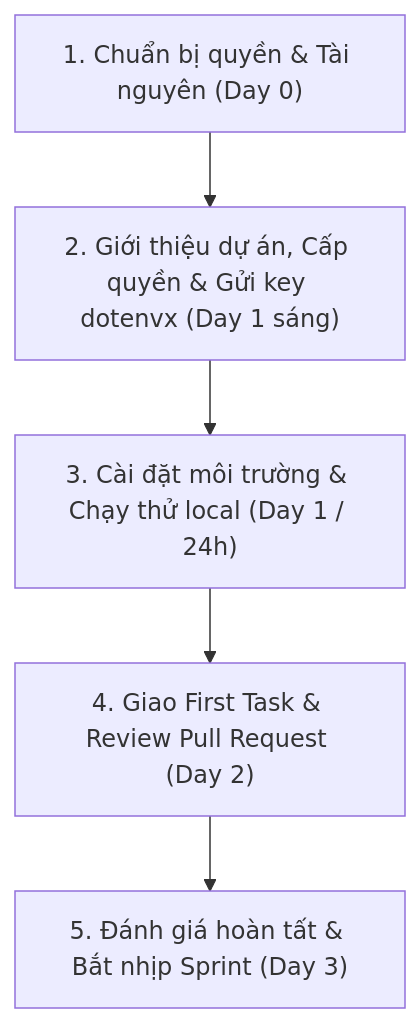
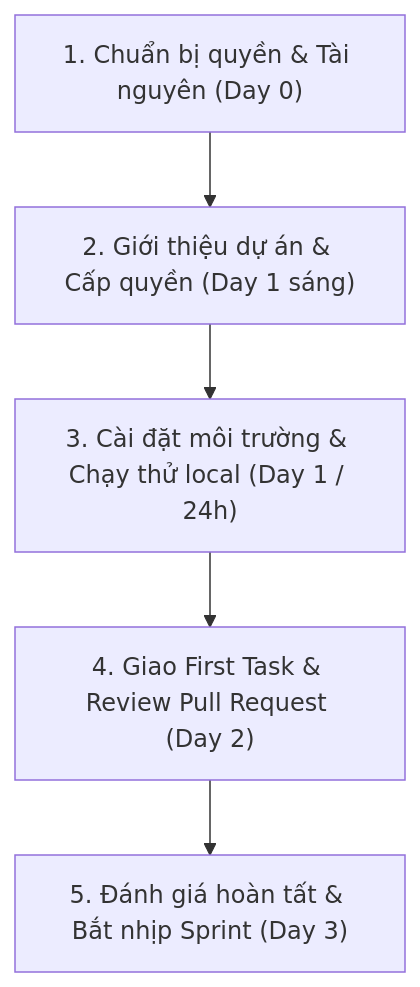
Before and after one commit to Cyberk-Official/handbooks: the diagram in 04-developer/dev-project-onboarding/dev-project-onboarding-process.md, drawn with Mermaid. The commit also changed other lines of this file and 5 other files, not shown here.

````diff
--- a/04-developer/dev-project-onboarding/dev-project-onboarding-process.md
+++ b/04-developer/dev-project-onboarding/dev-project-onboarding-process.md
@@ -37,7 +37,7 @@
 ```mermaid
 flowchart TD
-    A["1. Chuẩn bị quyền & Tài nguyên (Day 0)"] --> B["2. Giới thiệu dự án, Cấp quyền & Gửi key dotenvx (Day 1 sáng)"]
+    A["1. Chuẩn bị quyền & Tài nguyên (Day 0)"] --> B["2. Giới thiệu dự án & Cấp quyền (Day 1 sáng)"]
     B --> C["3. Cài đặt môi trường & Chạy thử local (Day 1 / 24h)"]
     C --> D["4. Giao First Task & Review Pull Request (Day 2)"]
     D --> E["5. Đánh giá hoàn tất & Bắt nhịp Sprint (Day 3)"]
 ```
````
